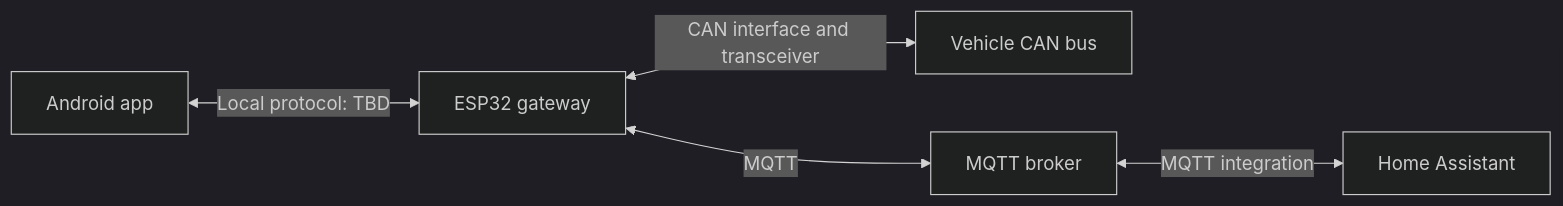
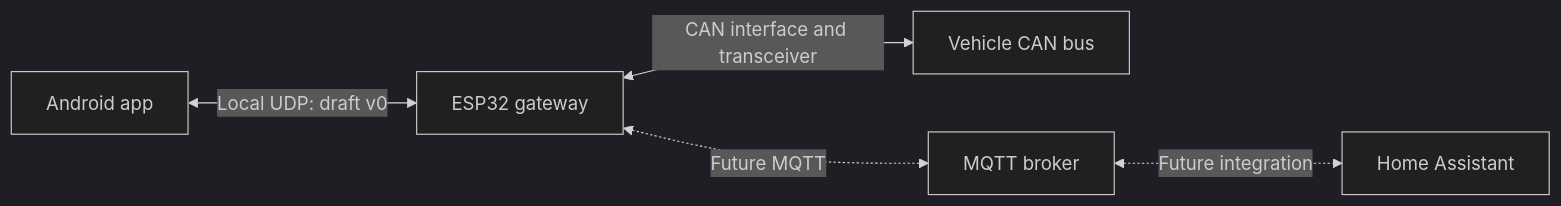
One commit to tkupilik/ecmpilot changed the diagram in README.md. Above: the diagram before and after it, drawn with Mermaid (dark theme). The commit also changed other lines of this file and 47 other files, not shown here.

````diff
--- a/README.md
+++ b/README.md
@@ -22,7 +56,7 @@
 ```mermaid
 flowchart LR
-    App[Android app] <-->|Local protocol: TBD| Gateway[ESP32 gateway]
+    App[Android app] <-->|Local UDP: draft v0| Gateway[ESP32 gateway]
     Gateway <-->|CAN interface and transceiver| Vehicle[Vehicle CAN bus]
-    Gateway <-->|MQTT| Broker[MQTT broker]
-    Broker <-->|MQTT integration| HA[Home Assistant]
+    Gateway <-.->|Future MQTT| Broker[MQTT broker]
+    Broker <-.->|Future integration| HA[Home Assistant]
 ```
````
